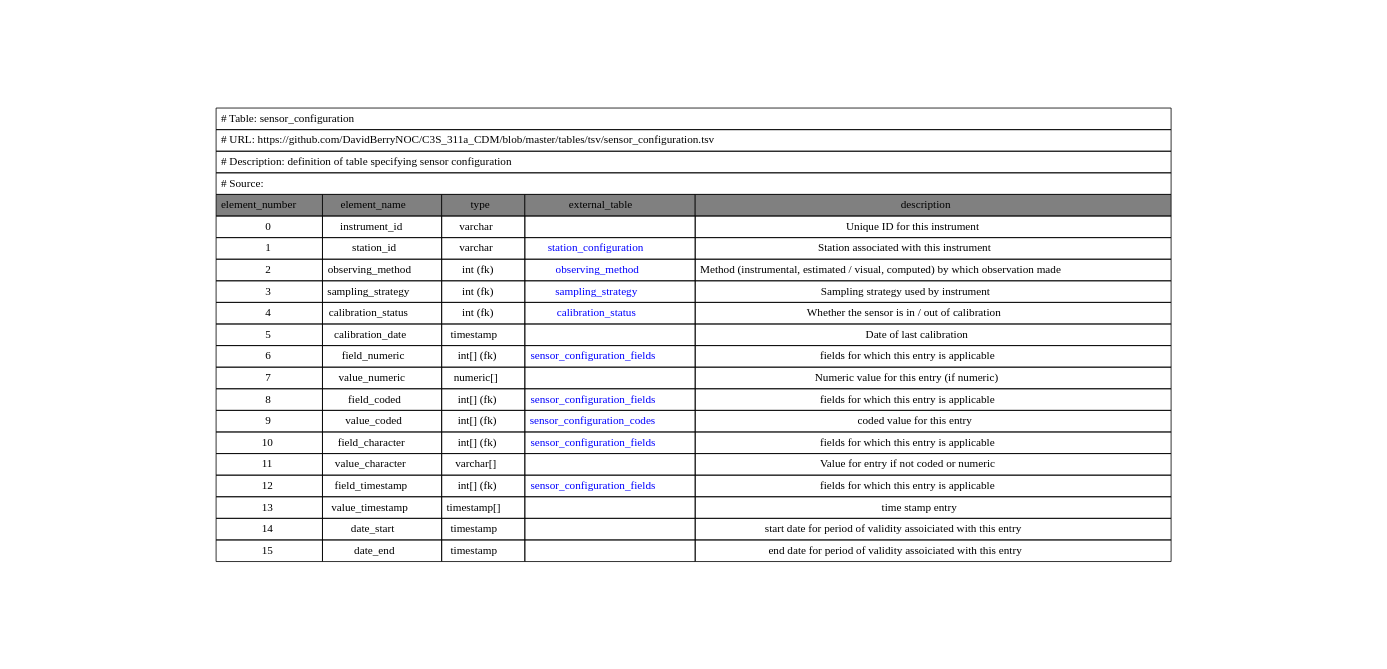
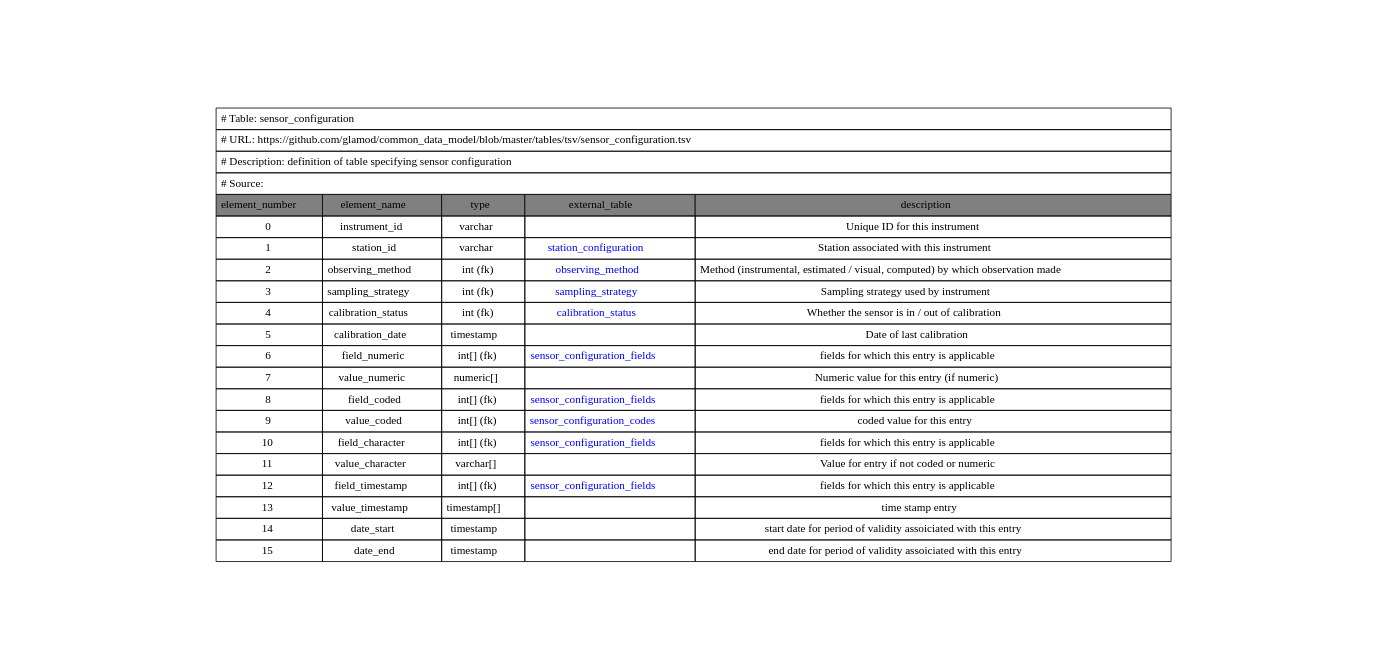
One commit to glamod/common_data_model changed the diagram in graphviz/sensor_configuration.gv. Above: the diagram before and after it, drawn with Graphviz. The commit also changed 11 other files, not shown here.

Commit message:
Paths updated to GLAMOD in cdm_short

```diff
--- a/graphviz/sensor_configuration.gv
+++ b/graphviz/sensor_configuration.gv
@@ -1,26 +1,26 @@
 digraph sensor_configuration {
 node [color=white]
 sensor_configuration [label=<<TABLE BORDER="0" CELLBORDER="1" CELLSPACING="0" CELLPADDING="5" COLOR="BLACK">
 <TR><TD COLSPAN="5" ALIGN="left" PORT="head"># Table: sensor_configuration</TD></TR>
-<TR><TD COLSPAN="5" ALIGN="left"># URL: https://github.com/DavidBerryNOC/C3S_311a_CDM/blob/master/tables/tsv/sensor_configuration.tsv</TD></TR>
+<TR><TD COLSPAN="5" ALIGN="left"># URL: https://github.com/glamod/common_data_model/blob/master/tables/tsv/sensor_configuration.tsv</TD></TR>
 <TR><TD ALIGN="left" COLSPAN="5"># Description: definition of table specifying sensor configuration</TD></TR>
 <TR><TD ALIGN="left" COLSPAN="5"># Source:</TD></TR>
 <TR><TD BGCOLOR="GRAY">element_number</TD><TD BGCOLOR="GRAY">element_name</TD><TD BGCOLOR="GRAY">type</TD><TD BGCOLOR="GRAY">external_table</TD><TD BGCOLOR="GRAY">description</TD></TR>
 <TR><TD PORT="instrument_idL">0</TD><TD>instrument_id </TD><TD>varchar </TD><TD></TD><TD PORT="instrument_idR">Unique ID for this instrument </TD></TR>
-<TR><TD PORT="station_idL">1</TD><TD>station_id </TD><TD>varchar </TD><TD HREF="https://github.com/DavidBerryNOC/C3S_311a_CDM/blob/master/tables/tsv/station_configuration.tsv"><FONT color="blue">station_configuration </FONT></TD><TD PORT="station_idR">Station associated with this instrument </TD></TR>
-<TR><TD PORT="observing_methodL">2</TD><TD>observing_method </TD><TD>int (fk) </TD><TD HREF="https://github.com/DavidBerryNOC/C3S_311a_CDM/blob/master/tables/tsv/observing_method.tsv"><FONT color="blue">observing_method </FONT></TD><TD PORT="observing_methodR">Method (instrumental, estimated / visual, computed) by which observation made <BR/></TD></TR>
-<TR><TD PORT="sampling_strategyL">3</TD><TD>sampling_strategy </TD><TD>int (fk) </TD><TD HREF="https://github.com/DavidBerryNOC/C3S_311a_CDM/blob/master/tables/tsv/sampling_strategy.tsv"><FONT color="blue">sampling_strategy </FONT></TD><TD PORT="sampling_strategyR">Sampling strategy used by instrument </TD></TR>
-<TR><TD PORT="calibration_statusL">4</TD><TD>calibration_status </TD><TD>int (fk) </TD><TD HREF="https://github.com/DavidBerryNOC/C3S_311a_CDM/blob/master/tables/tsv/calibration_status.tsv"><FONT color="blue">calibration_status </FONT></TD><TD PORT="calibration_statusR">Whether the sensor is in / out of calibration </TD></TR>
+<TR><TD PORT="station_idL">1</TD><TD>station_id </TD><TD>varchar </TD><TD HREF="https://github.com/glamod/common_data_model/blob/master/tables/tsv/station_configuration.tsv"><FONT color="blue">station_configuration </FONT></TD><TD PORT="station_idR">Station associated with this instrument </TD></TR>
+<TR><TD PORT="observing_methodL">2</TD><TD>observing_method </TD><TD>int (fk) </TD><TD HREF="https://github.com/glamod/common_data_model/blob/master/tables/tsv/observing_method.tsv"><FONT color="blue">observing_method </FONT></TD><TD PORT="observing_methodR">Method (instrumental, estimated / visual, computed) by which observation made <BR/></TD></TR>
+<TR><TD PORT="sampling_strategyL">3</TD><TD>sampling_strategy </TD><TD>int (fk) </TD><TD HREF="https://github.com/glamod/common_data_model/blob/master/tables/tsv/sampling_strategy.tsv"><FONT color="blue">sampling_strategy </FONT></TD><TD PORT="sampling_strategyR">Sampling strategy used by instrument </TD></TR>
+<TR><TD PORT="calibration_statusL">4</TD><TD>calibration_status </TD><TD>int (fk) </TD><TD HREF="https://github.com/glamod/common_data_model/blob/master/tables/tsv/calibration_status.tsv"><FONT color="blue">calibration_status </FONT></TD><TD PORT="calibration_statusR">Whether the sensor is in / out of calibration </TD></TR>
 <TR><TD PORT="calibration_dateL">5</TD><TD>calibration_date </TD><TD>timestamp </TD><TD></TD><TD PORT="calibration_dateR">Date of last calibration </TD></TR>
-<TR><TD PORT="field_numericL">6</TD><TD>field_numeric </TD><TD>int[] (fk) </TD><TD HREF="https://github.com/DavidBerryNOC/C3S_311a_CDM/blob/master/tables/tsv/sensor_configuration_fields.tsv"><FONT color="blue">sensor_configuration_fields </FONT></TD><TD PORT="field_numericR">fields for which this entry is applicable </TD></TR>
+<TR><TD PORT="field_numericL">6</TD><TD>field_numeric </TD><TD>int[] (fk) </TD><TD HREF="https://github.com/glamod/common_data_model/blob/master/tables/tsv/sensor_configuration_fields.tsv"><FONT color="blue">sensor_configuration_fields </FONT></TD><TD PORT="field_numericR">fields for which this entry is applicable </TD></TR>
 <TR><TD PORT="value_numericL">7</TD><TD>value_numeric </TD><TD>numeric[] </TD><TD></TD><TD PORT="value_numericR">Numeric value for this entry (if numeric) </TD></TR>
-<TR><TD PORT="field_codedL">8</TD><TD>field_coded </TD><TD>int[] (fk) </TD><TD HREF="https://github.com/DavidBerryNOC/C3S_311a_CDM/blob/master/tables/tsv/sensor_configuration_fields.tsv"><FONT color="blue">sensor_configuration_fields </FONT></TD><TD PORT="field_codedR">fields for which this entry is applicable </TD></TR>
-<TR><TD PORT="value_codedL">9</TD><TD>value_coded </TD><TD>int[] (fk) </TD><TD HREF="https://github.com/DavidBerryNOC/C3S_311a_CDM/blob/master/tables/tsv/sensor_configuration_codes.tsv"><FONT color="blue">sensor_configuration_codes </FONT></TD><TD PORT="value_codedR">coded value for this entry </TD></TR>
-<TR><TD PORT="field_characterL">10</TD><TD>field_character </TD><TD>int[] (fk) </TD><TD HREF="https://github.com/DavidBerryNOC/C3S_311a_CDM/blob/master/tables/tsv/sensor_configuration_fields.tsv"><FONT color="blue">sensor_configuration_fields </FONT></TD><TD PORT="field_characterR">fields for which this entry is applicable </TD></TR>
+<TR><TD PORT="field_codedL">8</TD><TD>field_coded </TD><TD>int[] (fk) </TD><TD HREF="https://github.com/glamod/common_data_model/blob/master/tables/tsv/sensor_configuration_fields.tsv"><FONT color="blue">sensor_configuration_fields </FONT></TD><TD PORT="field_codedR">fields for which this entry is applicable </TD></TR>
+<TR><TD PORT="value_codedL">9</TD><TD>value_coded </TD><TD>int[] (fk) </TD><TD HREF="https://github.com/glamod/common_data_model/blob/master/tables/tsv/sensor_configuration_codes.tsv"><FONT color="blue">sensor_configuration_codes </FONT></TD><TD PORT="value_codedR">coded value for this entry </TD></TR>
+<TR><TD PORT="field_characterL">10</TD><TD>field_character </TD><TD>int[] (fk) </TD><TD HREF="https://github.com/glamod/common_data_model/blob/master/tables/tsv/sensor_configuration_fields.tsv"><FONT color="blue">sensor_configuration_fields </FONT></TD><TD PORT="field_characterR">fields for which this entry is applicable </TD></TR>
 <TR><TD PORT="value_characterL">11</TD><TD>value_character </TD><TD>varchar[] </TD><TD></TD><TD PORT="value_characterR">Value for entry if not coded or numeric </TD></TR>
-<TR><TD PORT="field_timestampL">12</TD><TD>field_timestamp </TD><TD>int[] (fk) </TD><TD HREF="https://github.com/DavidBerryNOC/C3S_311a_CDM/blob/master/tables/tsv/sensor_configuration_fields.tsv"><FONT color="blue">sensor_configuration_fields </FONT></TD><TD PORT="field_timestampR">fields for which this entry is applicable </TD></TR>
+<TR><TD PORT="field_timestampL">12</TD><TD>field_timestamp </TD><TD>int[] (fk) </TD><TD HREF="https://github.com/glamod/common_data_model/blob/master/tables/tsv/sensor_configuration_fields.tsv"><FONT color="blue">sensor_configuration_fields </FONT></TD><TD PORT="field_timestampR">fields for which this entry is applicable </TD></TR>
 <TR><TD PORT="value_timestampL">13</TD><TD>value_timestamp </TD><TD>timestamp[] </TD><TD></TD><TD PORT="value_timestampR">time stamp entry </TD></TR>
 <TR><TD PORT="date_startL">14</TD><TD>date_start </TD><TD>timestamp </TD><TD></TD><TD PORT="date_startR">start date for period of validity assoiciated with this entry <BR/></TD></TR>
 <TR><TD PORT="date_endL">15</TD><TD>date_end </TD><TD>timestamp </TD><TD></TD><TD PORT="date_endR">end date for period of validity assoiciated with this entry <BR/></TD></TR>
 </TABLE>>];
 }
```
